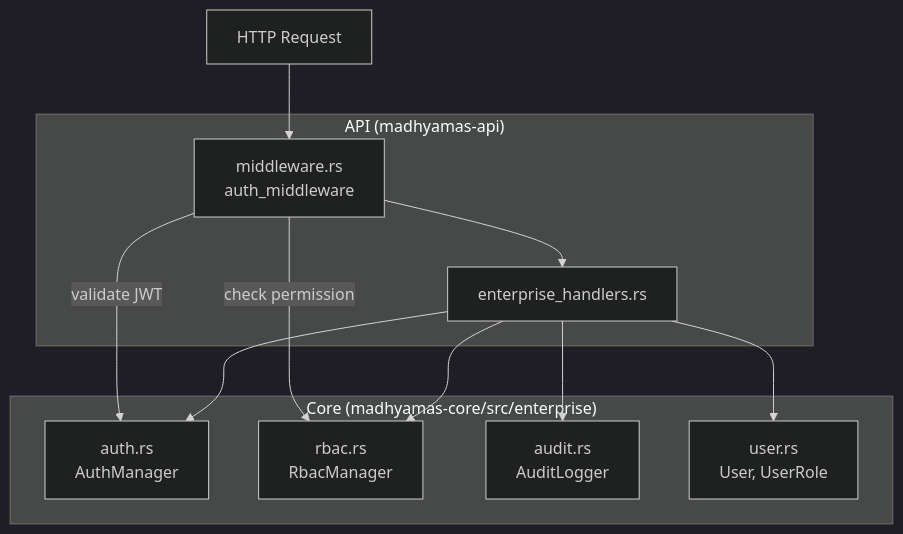
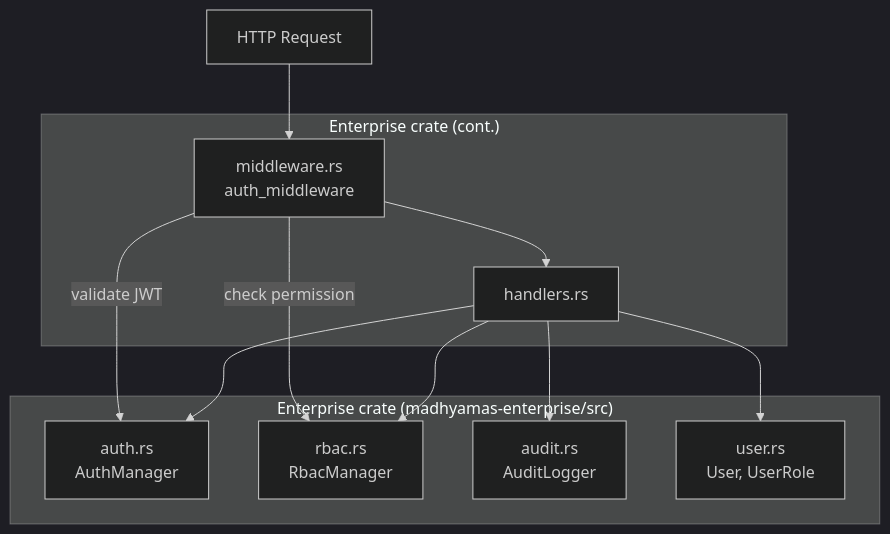
Before and after one commit to ShristiLabs/madhyamas: the diagram in docs/ENTERPRISE.md, drawn with Mermaid (dark theme). The commit also changed other lines of this file and 11 other files, not shown here.

````diff
--- a/docs/ENTERPRISE.md
+++ b/docs/ENTERPRISE.md
@@ -19,21 +18,21 @@
 ```mermaid
 graph TD
-    subgraph "Core (madhyamas-core/src/enterprise)"
+    subgraph "Enterprise crate (madhyamas-enterprise/src)"
         AUTH["auth.rs<br/>AuthManager"]
         RBAC["rbac.rs<br/>RbacManager"]
         AUDIT["audit.rs<br/>AuditLogger"]
         USER["user.rs<br/>User, UserRole"]
     end
-    subgraph "API (madhyamas-api)"
+    subgraph "Enterprise crate (cont.)"
         MW["middleware.rs<br/>auth_middleware"]
-        HAND["enterprise_handlers.rs"]
+        HAND["handlers.rs"]
     end
     REQ["HTTP Request"] --> MW
     MW -->|"validate JWT"| AUTH
     MW -->|"check permission"| RBAC
     MW --> HAND
     HAND --> AUTH
     HAND --> RBAC
     HAND --> AUDIT
     HAND --> USER
 ```
````
